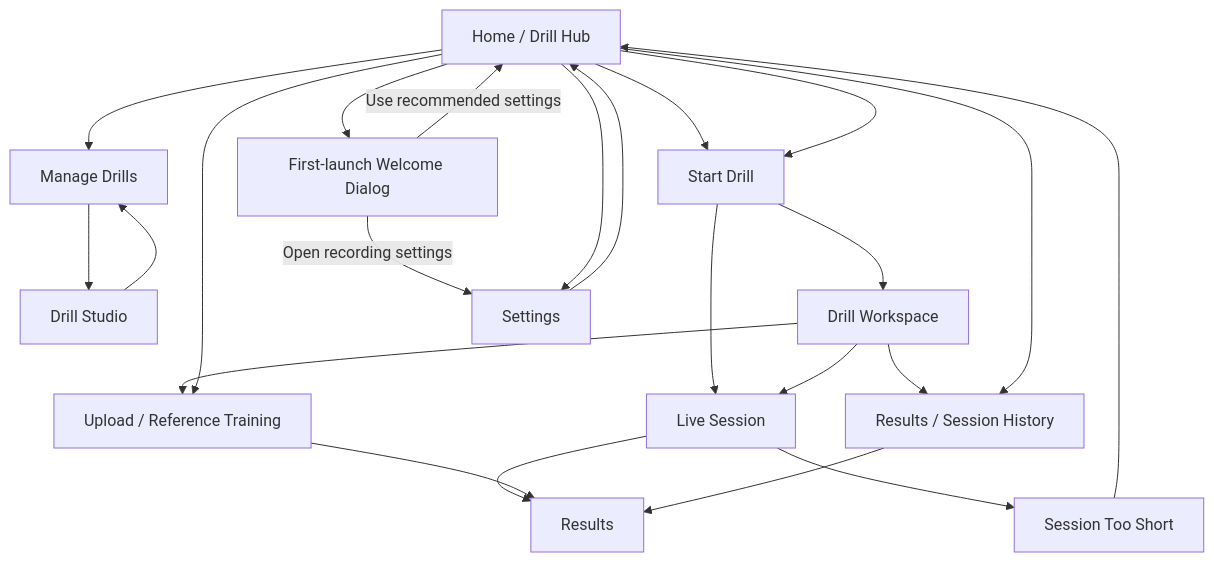
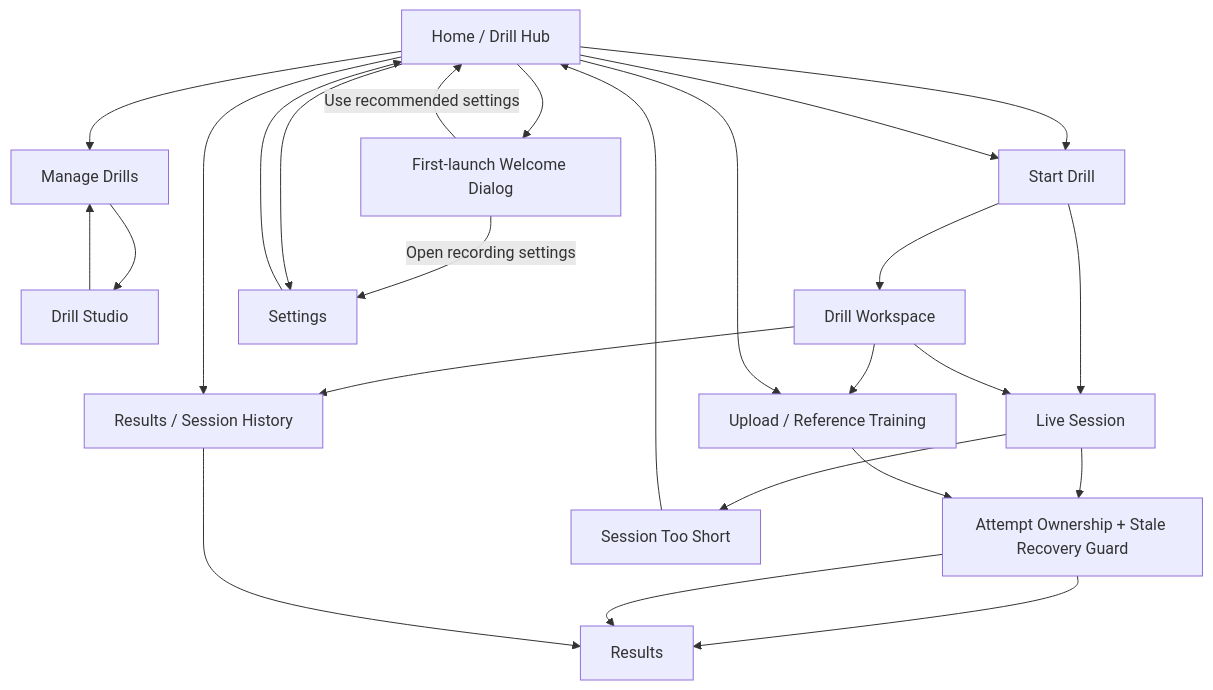
Before and after one commit to Voycepeh/Handstand-App: the diagram in docs/diagrams/ui-flow.md, drawn with Mermaid. The commit also changed 9 other files, not shown here.

Commit message:
Harden session export ownership and stale-state recovery

````diff
--- a/docs/diagrams/ui-flow.md
+++ b/docs/diagrams/ui-flow.md
@@ -3,37 +3,38 @@
 ```mermaid
 flowchart TD
     HOME[Home / Drill Hub]
     WELCOME[First-launch Welcome Dialog]
     START[Start Drill]
     LIVE[Live Session]
+    OWNERSHIP[Attempt Ownership + Stale Recovery Guard]
     SHORT[Session Too Short]
     RESULTS[Results]
     HISTORY[Results / Session History]
 
     MANAGE[Manage Drills]
     STUDIO[Drill Studio]
     WORKSPACE[Drill Workspace]
 
     UPLOAD[Upload / Reference Training]
     SETTINGS[Settings]
 
     HOME --> WELCOME
     WELCOME -->|Use recommended settings| HOME
     WELCOME -->|Open recording settings| SETTINGS
 
     HOME --> START --> LIVE
-    LIVE --> RESULTS
+    LIVE --> OWNERSHIP --> RESULTS
     LIVE --> SHORT --> HOME
 
     HOME --> MANAGE --> STUDIO --> MANAGE
     HOME --> START --> WORKSPACE
     WORKSPACE --> LIVE
     WORKSPACE --> UPLOAD
     WORKSPACE --> HISTORY
 
-    HOME --> UPLOAD --> RESULTS
+    HOME --> UPLOAD --> OWNERSHIP --> RESULTS
     HOME --> HISTORY
     HISTORY --> RESULTS
 
     HOME --> SETTINGS --> HOME
 ```
````
